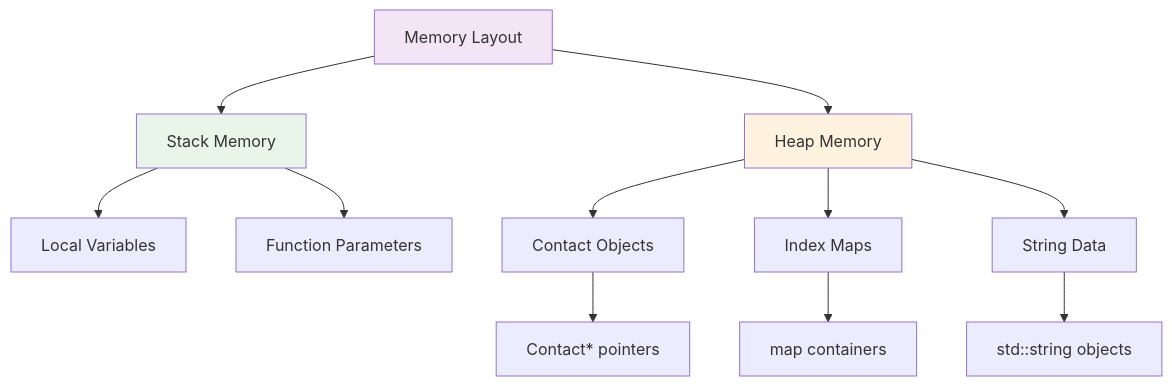
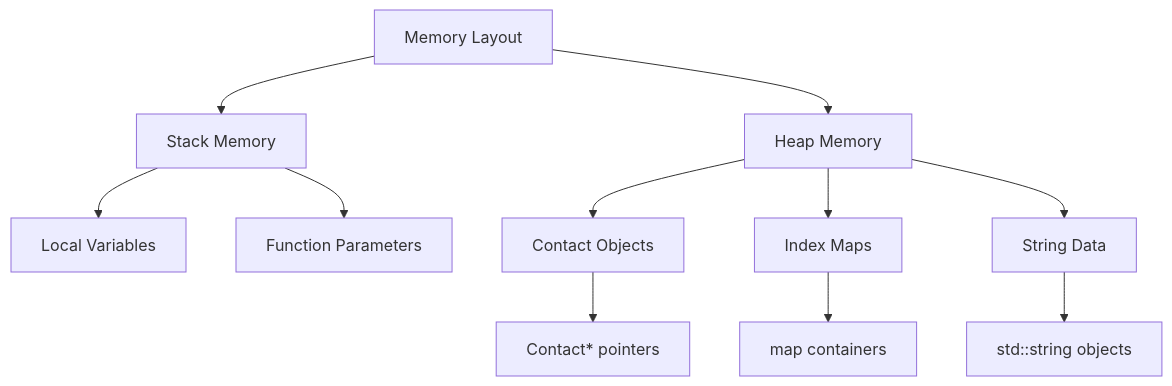
Before and after one commit to TaiLoiZzzz/DSA_PROJECT: the fifth of 14 diagrams in DATA_STRUCTURES_TREES.md, drawn with Mermaid. The commit also changed other lines of this file, not shown here.

````diff
--- a/DATA_STRUCTURES_TREES.md
+++ b/DATA_STRUCTURES_TREES.md
@@ -106,20 +85,16 @@
 ```mermaid
 graph TD
     A[Memory Layout] --> B[Stack Memory]
     A --> C[Heap Memory]
-    
+
     B --> B1[Local Variables]
     B --> B2[Function Parameters]
-    
+
     C --> C1[Contact Objects]
     C --> C2[Index Maps]
     C --> C3[String Data]
-    
+
     C1 --> C1A[Contact* pointers]
     C2 --> C2A[map containers]
     C3 --> C3A[std::string objects]
-    
-    style A fill:#f3e5f5
-    style B fill:#e8f5e8
-    style C fill:#fff3e0
 ```
````
